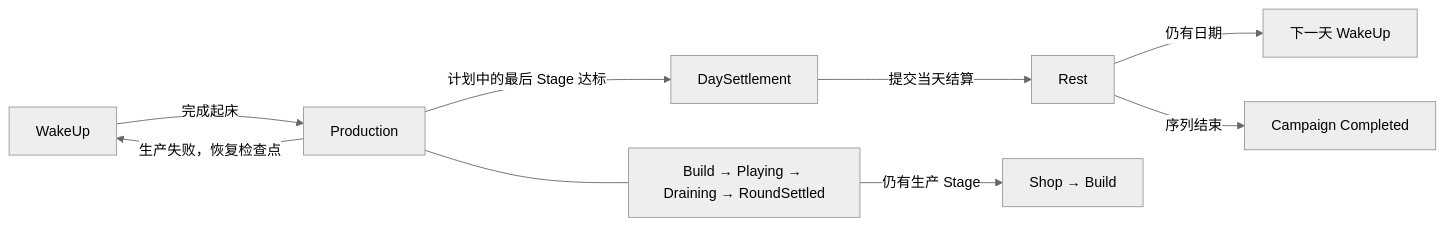
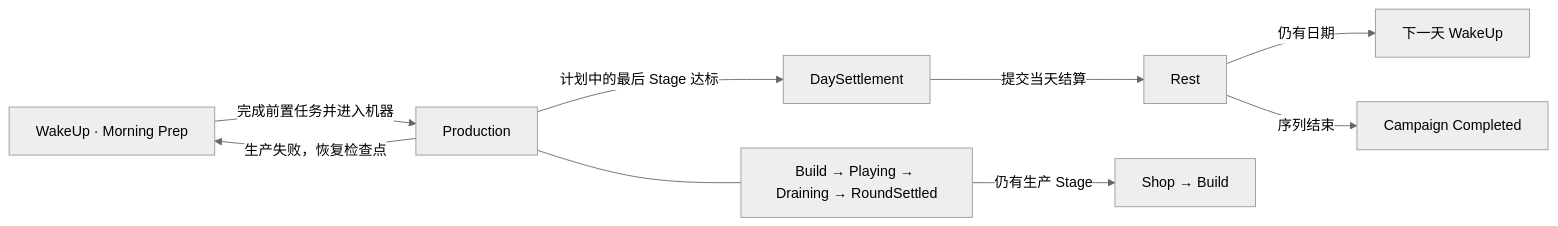
Before and after one commit to Baoste/MarbleRoguelikeGame: the diagram in Assets/Docs/DayFramework_Architecture.md, drawn with Mermaid (neutral theme). The commit also changed other lines of this file and 59 other files, not shown here.

````diff
--- a/Assets/Docs/DayFramework_Architecture.md
+++ b/Assets/Docs/DayFramework_Architecture.md
@@ -5,11 +5,11 @@
 ```mermaid
 flowchart LR
-    W["WakeUp"] -->|"完成起床"| P["Production"]
+    W["WakeUp · Morning Prep"] -->|"完成前置任务并进入机器"| P["Production"]
     P -->|"计划中的最后 Stage 达标"| S["DaySettlement"]
     S -->|"提交当天结算"| R["Rest"]
     R -->|"仍有日期"| N["下一天 WakeUp"]
     R -->|"序列结束"| C["Campaign Completed"]
     P -->|"生产失败，恢复检查点"| W
     P --- Q["Build → Playing → Draining → RoundSettled"]
     Q -->|"仍有生产 Stage"| H["Shop → Build"]
 ```
````
